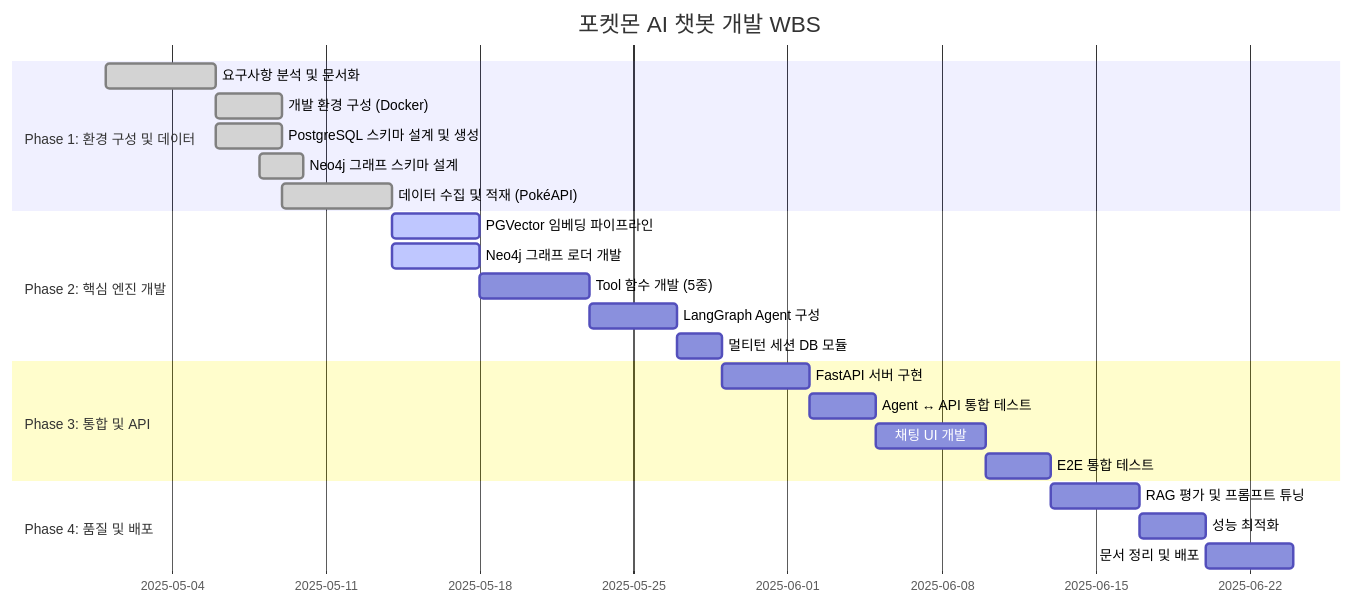
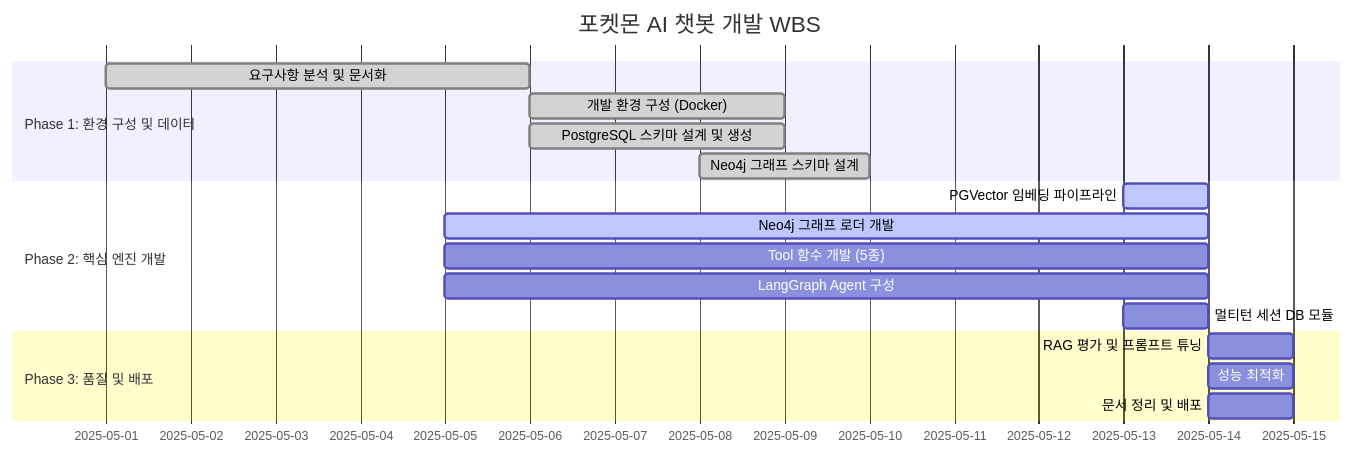
Before and after one commit to SKNETWORKS-FAMILY-AICAMP/SKN27-3rd-3TEAM: the diagram in docs/챗봇/09_WBS.md, drawn with Mermaid.

Commit message:
wbs 수정중1

````diff
--- a/docs/챗봇/09_WBS.md
+++ b/docs/챗봇/09_WBS.md
@@ -12,29 +12,22 @@
 ```mermaid
 gantt
     title 포켓몬 AI 챗봇 개발 WBS
     dateFormat  YYYY-MM-DD
     section Phase 1: 환경 구성 및 데이터
         요구사항 분석 및 문서화         :done,    p1-1, 2025-05-01, 5d
         개발 환경 구성 (Docker)         :done,    p1-2, 2025-05-06, 3d
         PostgreSQL 스키마 설계 및 생성  :done,    p1-3, 2025-05-06, 3d
         Neo4j 그래프 스키마 설계        :done,    p1-4, 2025-05-08, 2d
-        데이터 수집 및 적재 (PokéAPI)   :done,    p1-5, 2025-05-09, 5d
 
     section Phase 2: 핵심 엔진 개발
-        PGVector 임베딩 파이프라인     :active,  p2-1, 2025-05-14, 4d
-        Neo4j 그래프 로더 개발         :active,  p2-2, 2025-05-14, 4d
-        Tool 함수 개발 (5종)           :         p2-3, 2025-05-18, 5d
-        LangGraph Agent 구성          :         p2-4, 2025-05-23, 4d
-        멀티턴 세션 DB 모듈            :         p2-5, 2025-05-27, 2d
+        PGVector 임베딩 파이프라인     :active,  p2-1, 2025-05-13, 1d
+        Neo4j 그래프 로더 개발         :active,  p2-2, 2025-05-05, 9d
+        Tool 함수 개발 (5종)           :         p2-3, 2025-05-05, 9d
+        LangGraph Agent 구성          :         p2-4, 2025-05-05, 9d
+        멀티턴 세션 DB 모듈            :         p2-5, 2025-05-13, 1d
 
-    section Phase 3: 통합 및 API
-        FastAPI 서버 구현              :         p3-1, 2025-05-29, 4d
-        Agent ↔ API 통합 테스트        :         p3-2, 2025-06-02, 3d
-        채팅 UI 개발                   :         p3-3, 2025-06-05, 5d
-        E2E 통합 테스트                :         p3-4, 2025-06-10, 3d
-
-    section Phase 4: 품질 및 배포
-        RAG 평가 및 프롬프트 튜닝       :         p4-1, 2025-06-13, 4d
-        성능 최적화                    :         p4-2, 2025-06-17, 3d
-        문서 정리 및 배포              :         p4-3, 2025-06-20, 4d
+    section Phase 3: 품질 및 배포
+        RAG 평가 및 프롬프트 튜닝       :         p4-1, 2025-05-14, 1d
+        성능 최적화                    :         p4-2, 2025-05-14, 1d
+        문서 정리 및 배포              :         p4-3, 2025-05-14, 1d
 ```
````
